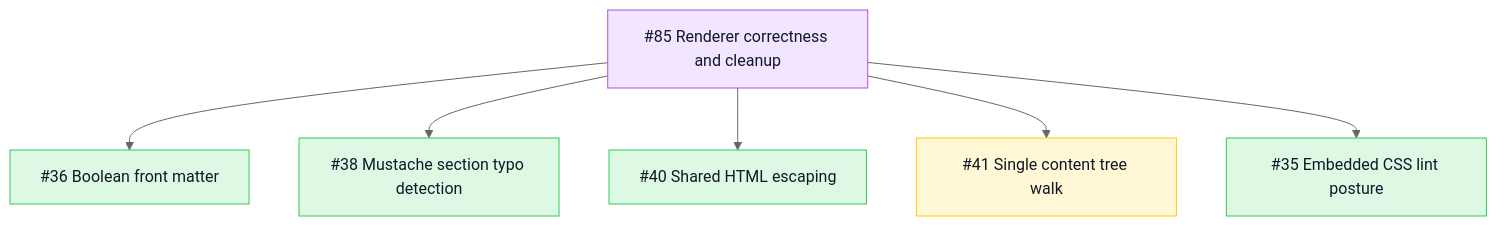
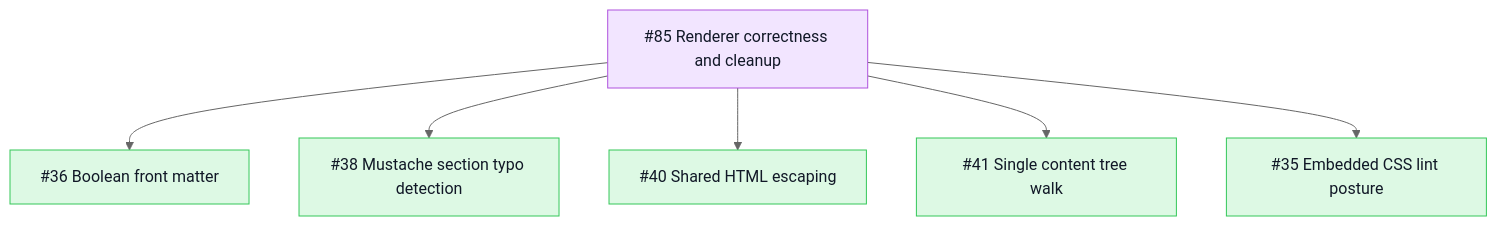
The eighth of 9 diagrams in README.md (TileDown/tile-down), drawn with Mermaid (neutral theme) before and after one commit.

Commit message:
docs(readme): mark renderer cleanup complete

````diff
--- a/README.md
+++ b/README.md
@@ -172,14 +172,14 @@
 ```mermaid
 flowchart TD
   Epic["#85 Renderer correctness and cleanup"]:::epic
   Epic --> BooleanFM["#36 Boolean front matter"]:::done
   Epic --> Mustache["#38 Mustache section typo detection"]:::done
   Epic --> Escaping["#40 Shared HTML escaping"]:::done
-  Epic --> ContentWalk["#41 Single content tree walk"]:::review
+  Epic --> ContentWalk["#41 Single content tree walk"]:::done
   Epic --> CSSLint["#35 Embedded CSS lint posture"]:::done
 
   classDef done fill:#ddf9e4,stroke:#34c759,color:#111827
   classDef epic fill:#f2e5ff,stroke:#af52de,color:#111827
   classDef review fill:#fff7d6,stroke:#ffcc00,color:#111827
   classDef todo fill:#f2f2f7,stroke:#8e8e93,color:#111827
 ```
````
